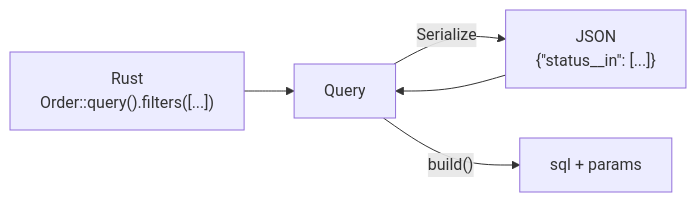
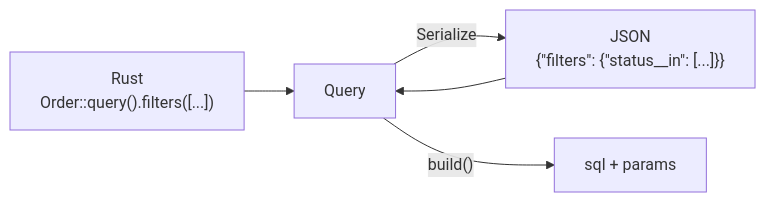
One commit to Ciantic/app-frame changed the diagram in docs/query-builder.md. Above: the diagram before and after it, drawn with Mermaid. The commit also changed other lines of this file and 4 other files, not shown here.

````diff
--- a/docs/query-builder.md
+++ b/docs/query-builder.md
@@ -16,7 +16,7 @@
 ```mermaid
 graph LR
   A["Rust<br/>Order::query().filters([...])"] --> Q["Query<OrderColumn>"]
-  B["JSON<br/>{&quot;status__in&quot;: [...]}"] --> Q
+  B["JSON<br/>{&quot;filters&quot;: {&quot;status__in&quot;: [...]}}"] --> Q
   Q -->|"Serialize"| B
   Q -->|"build()"| S["sql + params"]
 ```
````
